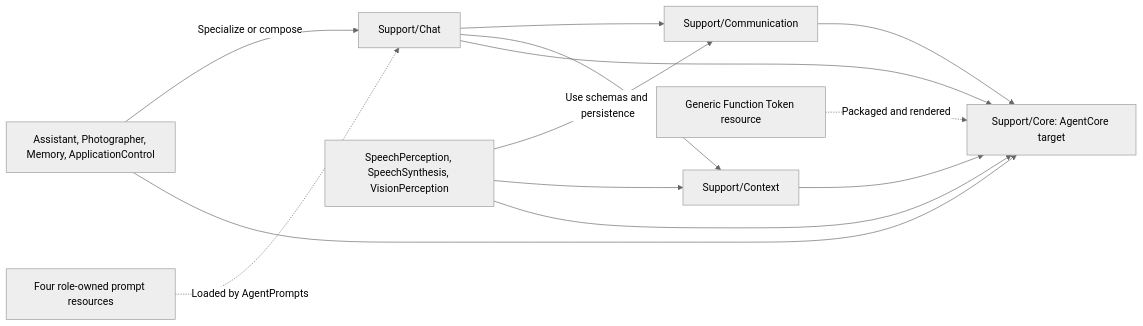
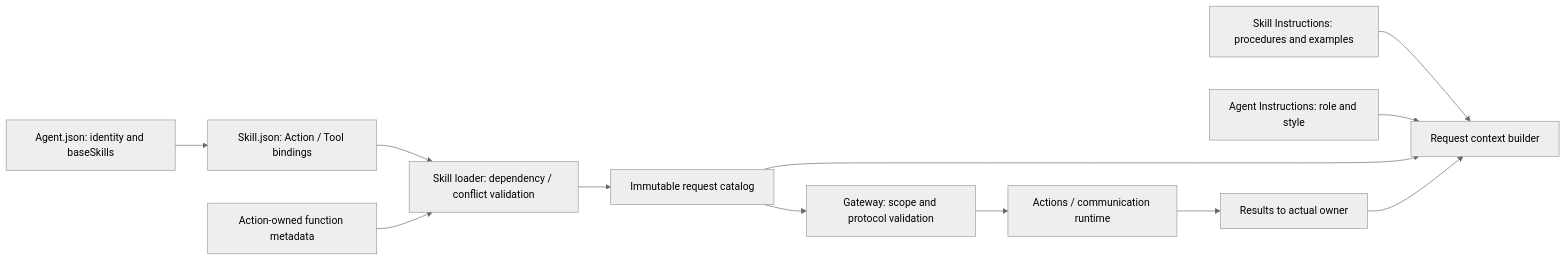
The third of 3 diagrams in MobileHarness/Agents/README.md (devilyouwei/MobileHarness), drawn with Mermaid (neutral theme) before and after one commit. The commit also changed other lines of this file and 456 other files, not shown here.

First line of the commit message:
refactor: unify agent skills, task lifecycle and interaction runtime

````diff
--- a/MobileHarness/Agents/README.md
+++ b/MobileHarness/Agents/README.md
@@ -54,15 +91,14 @@
 ```mermaid
 flowchart LR
- ChatRoles[Assistant, Photographer, Memory, ApplicationControl] -->|Specialize or compose| Chat[Support/Chat]
- MediaRoles[SpeechPerception, SpeechSynthesis, VisionPerception] -->|Use schemas and persistence| Communication[Support/Communication]
- MediaRoles --> Context[Support/Context]
- Chat --> Communication
- Chat --> Context
- Chat --> Core[Support/Core: AgentCore target]
- ChatRoles --> Core
- MediaRoles --> Core
- Context --> Core
- Communication --> Core
- RoleAssets[Four role-owned prompt resources] -.->|Loaded by AgentPrompts| Chat
- Protocol[Generic Function Token resource] -.->|Packaged and rendered| Core
+ A[Agent.json: identity and baseSkills] --> S[Skill.json: Action / Tool bindings]
+ S --> L[Skill loader: dependency / conflict validation]
+ M[Action-owned function metadata] --> L
+ C[Skill Instructions: procedures and examples] --> P[Request context builder]
+ R[Agent Instructions: role and style] --> P
+ L --> F[Immutable request catalog]
+ F --> P
+ F --> G[Gateway: scope and protocol validation]
+ G --> E[Actions / communication runtime]
+ E --> O[Results to actual owner]
+ O --> P
 ```
````
